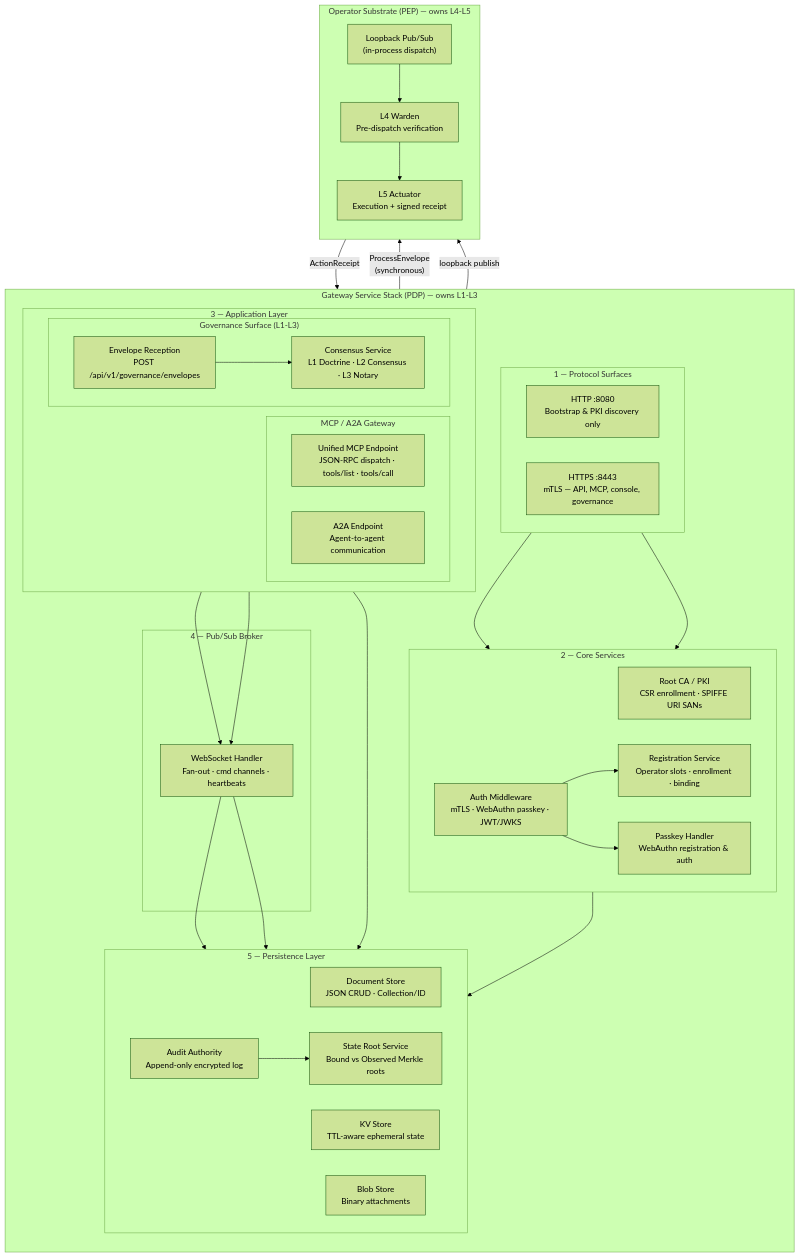
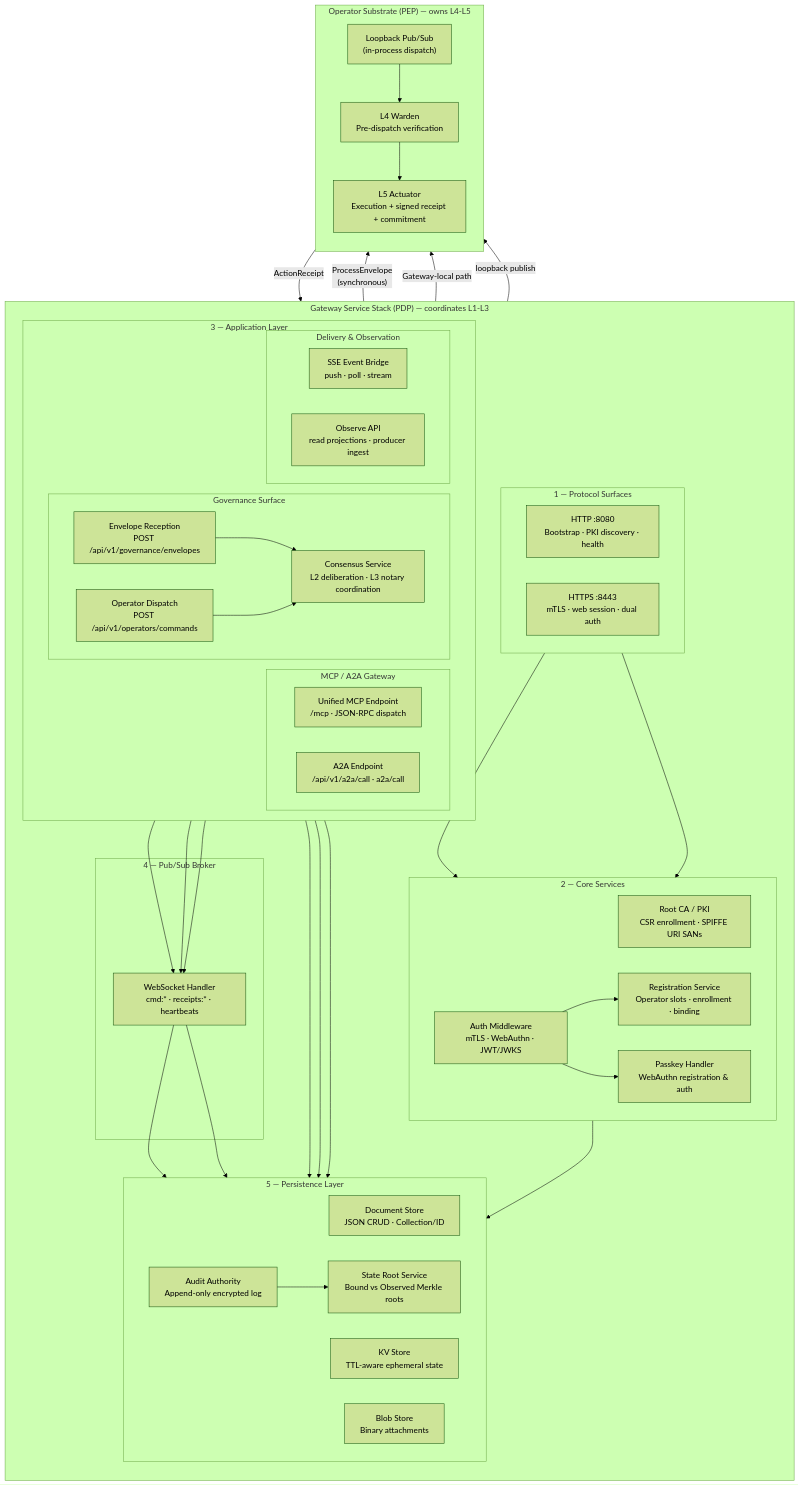
The diagram in docs/diagrams/graph-gateway-services.md (g8e-ai/g8e), drawn with Mermaid (forest theme) before and after one commit. The commit also changed other lines of this file and 1307 other files, not shown here.

````diff
--- a/docs/diagrams/graph-gateway-services.md
+++ b/docs/diagrams/graph-gateway-services.md
@@ -7,18 +7,18 @@
 ```mermaid
 graph TD
-    subgraph GatewayServices ["Gateway Service Stack (PDP) — owns L1-L3"]
+    subgraph GatewayServices ["Gateway Service Stack (PDP) — coordinates L1-L3"]
         direction TB
 
         subgraph Edge ["1 — Protocol Surfaces"]
             direction LR
-            HTTP["HTTP :8080<br/>Bootstrap & PKI discovery only"]
-            HTTPS["HTTPS :8443<br/>mTLS — API, MCP, console, governance"]
+            HTTP["HTTP :8080<br/>Bootstrap · PKI discovery · health"]
+            HTTPS["HTTPS :8443<br/>mTLS · web session · dual auth"]
         end
 
         subgraph Core ["2 — Core Services"]
             direction LR
             PKI["Root CA / PKI<br/>CSR enrollment · SPIFFE URI SANs"]
-            Auth["Auth Middleware<br/>mTLS · WebAuthn passkey · JWT/JWKS"]
+            Auth["Auth Middleware<br/>mTLS · WebAuthn · JWT/JWKS"]
             Reg["Registration Service<br/>Operator slots · enrollment · binding"]
             Passkey["Passkey Handler<br/>WebAuthn registration & auth"]
         end
@@ -26,17 +26,22 @@
         subgraph AppLayer ["3 — Application Layer"]
             direction LR
             subgraph MCP ["MCP / A2A Gateway"]
-                MCPEndpoint["Unified MCP Endpoint<br/>JSON-RPC dispatch · tools/list · tools/call"]
-                A2A["A2A Endpoint<br/>Agent-to-agent communication"]
+                MCPEndpoint["Unified MCP Endpoint<br/>/mcp · JSON-RPC dispatch"]
+                A2A["A2A Endpoint<br/>/api/v1/a2a/call · a2a/call"]
             end
-            subgraph Governance ["Governance Surface (L1-L3)"]
+            subgraph Governance ["Governance Surface"]
                 EnvelopeRx["Envelope Reception<br/>POST /api/v1/governance/envelopes"]
-                Consensus["Consensus Service<br/>L1 Doctrine · L2 Consensus · L3 Notary"]
+                Dispatch["Operator Dispatch<br/>POST /api/v1/operators/commands"]
+                Consensus["Consensus Service<br/>L2 deliberation · L3 notary coordination"]
+            end
+            subgraph Delivery ["Delivery & Observation"]
+                SSE["SSE Event Bridge<br/>push · poll · stream"]
+                Observe["Observe API<br/>read projections · producer ingest"]
             end
         end
 
         subgraph Broker ["4 — Pub/Sub Broker"]
-            WSSHandler["WebSocket Handler<br/>Fan-out · cmd channels · heartbeats"]
+            WSSHandler["WebSocket Handler<br/>cmd:* · receipts:* · heartbeats"]
         end
 
         subgraph Data ["5 — Persistence Layer"]
@@ -55,12 +60,16 @@
         Reg --> DocStore
 
         EnvelopeRx --> Consensus
+        Dispatch --> Consensus
         Consensus --> StateRoot
 
         MCPEndpoint --> WSSHandler
         A2A --> WSSHandler
+        Dispatch --> WSSHandler
         WSSHandler --> DocStore
         WSSHandler --> StateRoot
+        SSE --> DocStore
+        Observe --> DocStore
 
         AuditDB --> StateRoot
     end
@@ -69,11 +78,12 @@
         direction TB
         LoopbackBridge["Loopback Pub/Sub<br/>(in-process dispatch)"]
         Warden["L4 Warden<br/>Pre-dispatch verification"]
-        Actuator["L5 Actuator<br/>Execution + signed receipt"]
+        Actuator["L5 Actuator<br/>Execution + signed receipt + commitment"]
         LoopbackBridge --> Warden --> Actuator
     end
 
     EnvelopeRx -- "ProcessEnvelope<br/>(synchronous)" --> LoopbackBridge
+    MCPEndpoint -- "Gateway-local path" --> LoopbackBridge
     WSSHandler -- "loopback publish" --> LoopbackBridge
     Actuator -- "ActionReceipt" --> AuditDB
 ```
````
